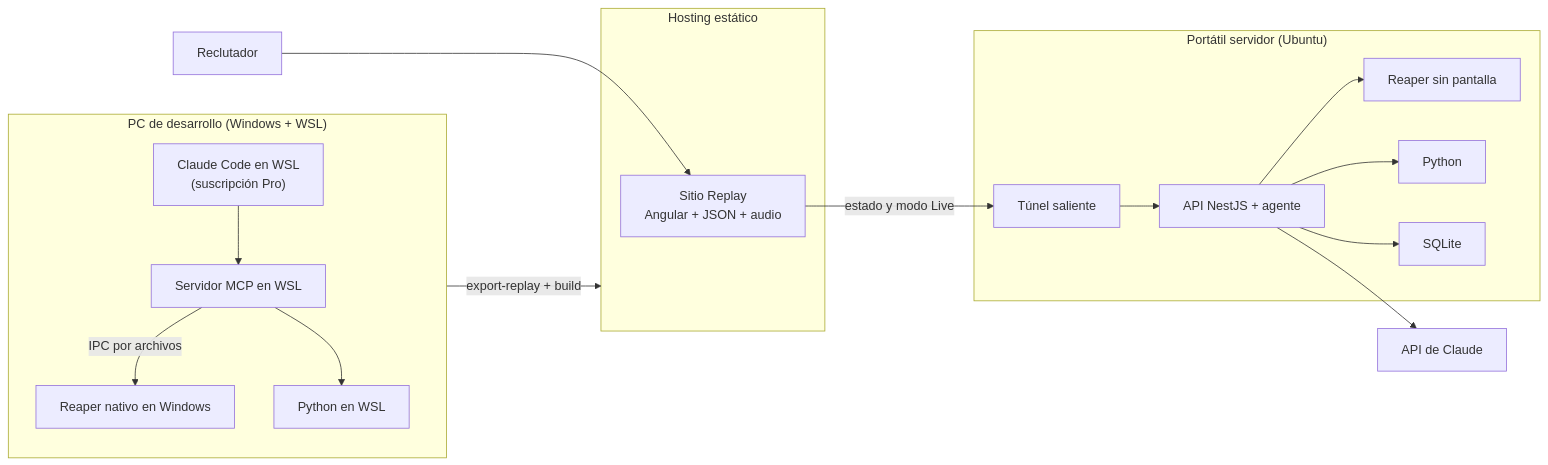
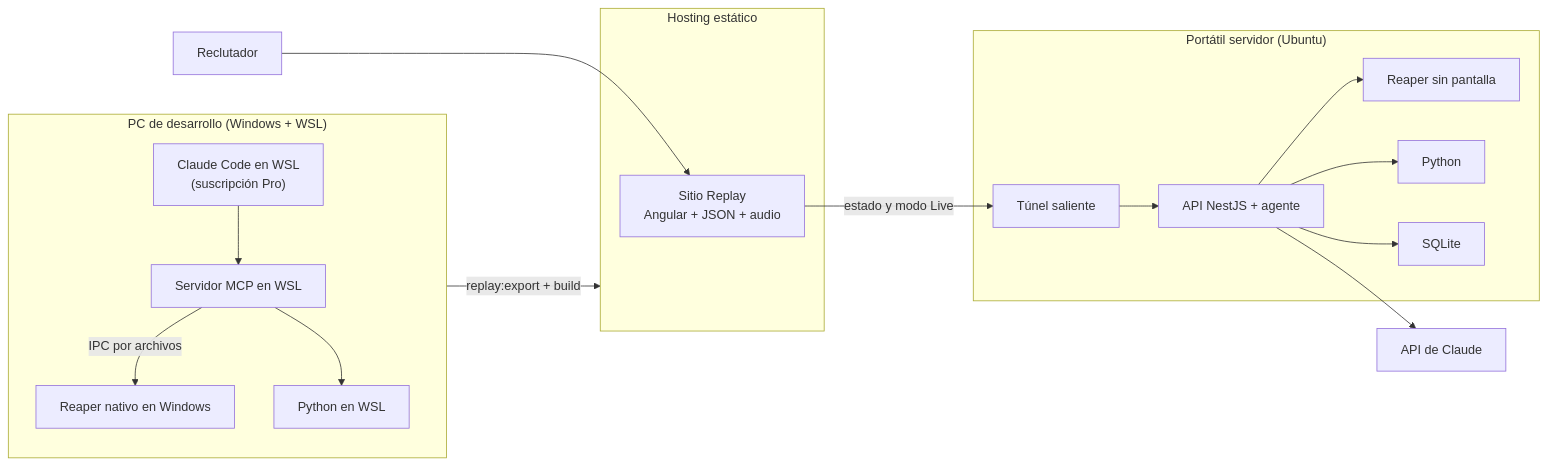
One commit to CristianAntVal85/Reaper-Copilot changed the third of 3 diagrams in docs/reaper-copilot.md. Above: the diagram before and after it, drawn with Mermaid. The commit also changed other lines of this file and 6 other files, not shown here.

````diff
--- a/docs/reaper-copilot.md
+++ b/docs/reaper-copilot.md
@@ -431,21 +446,21 @@
 ```mermaid
 flowchart LR
     subgraph DEV["PC de desarrollo (Windows + WSL)"]
         CC["Claude Code en WSL<br/>(suscripción Pro)"] --> MCPS["Servidor MCP en WSL"]
         MCPS -- "IPC por archivos" --> RD["Reaper nativo en Windows"]
         MCPS --> PD["Python en WSL"]
     end
     subgraph HOST["Hosting estático"]
         REP["Sitio Replay<br/>Angular + JSON + audio"]
     end
     subgraph SRV["Portátil servidor (Ubuntu)"]
         TUN["Túnel saliente"] --> APIS["API NestJS + agente"]
         APIS --> RS["Reaper sin pantalla"]
         APIS --> PS["Python"]
         APIS --> DB["SQLite"]
     end
-    DEV -- "export-replay + build" --> HOST
+    DEV -- "replay:export + build" --> HOST
     VIS["Reclutador"] --> REP
     REP -- "estado y modo Live" --> TUN
     APIS --> ANT["API de Claude"]
 ```
````
